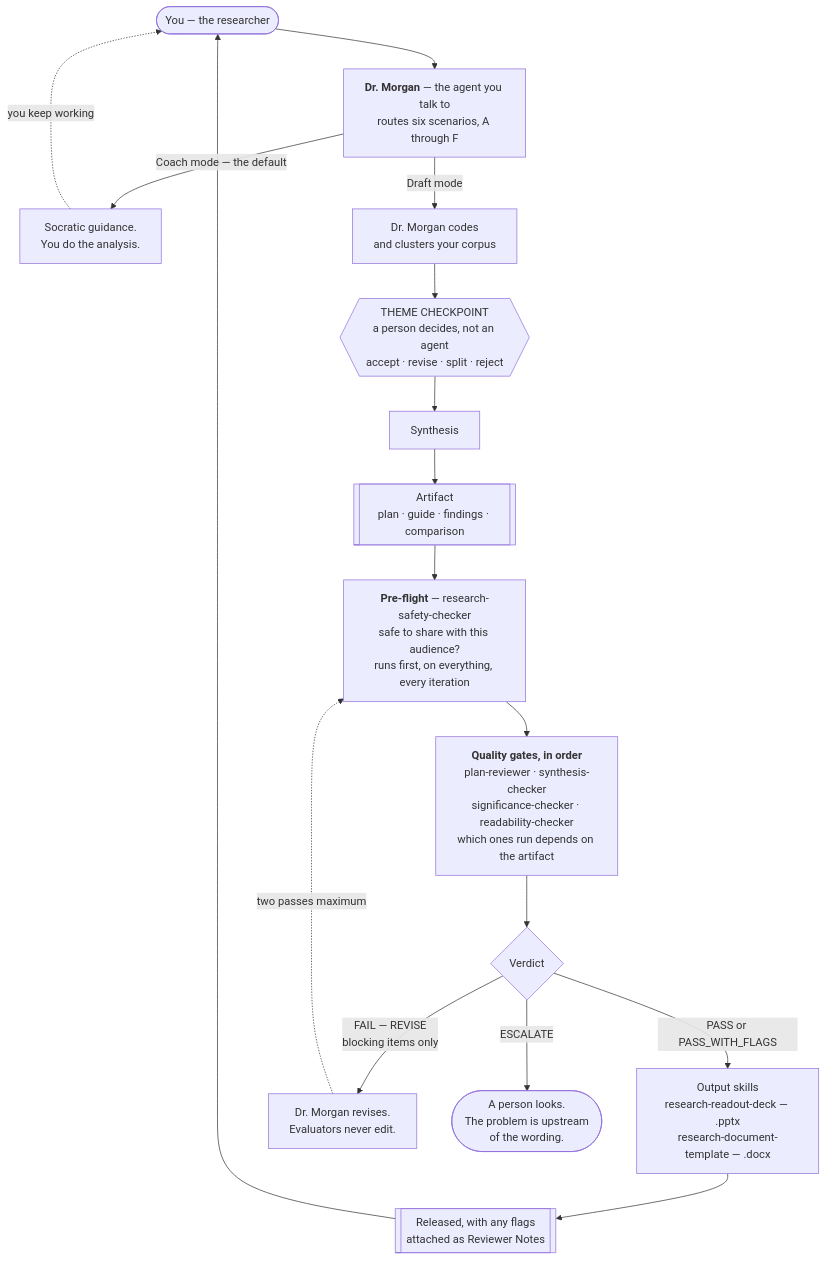
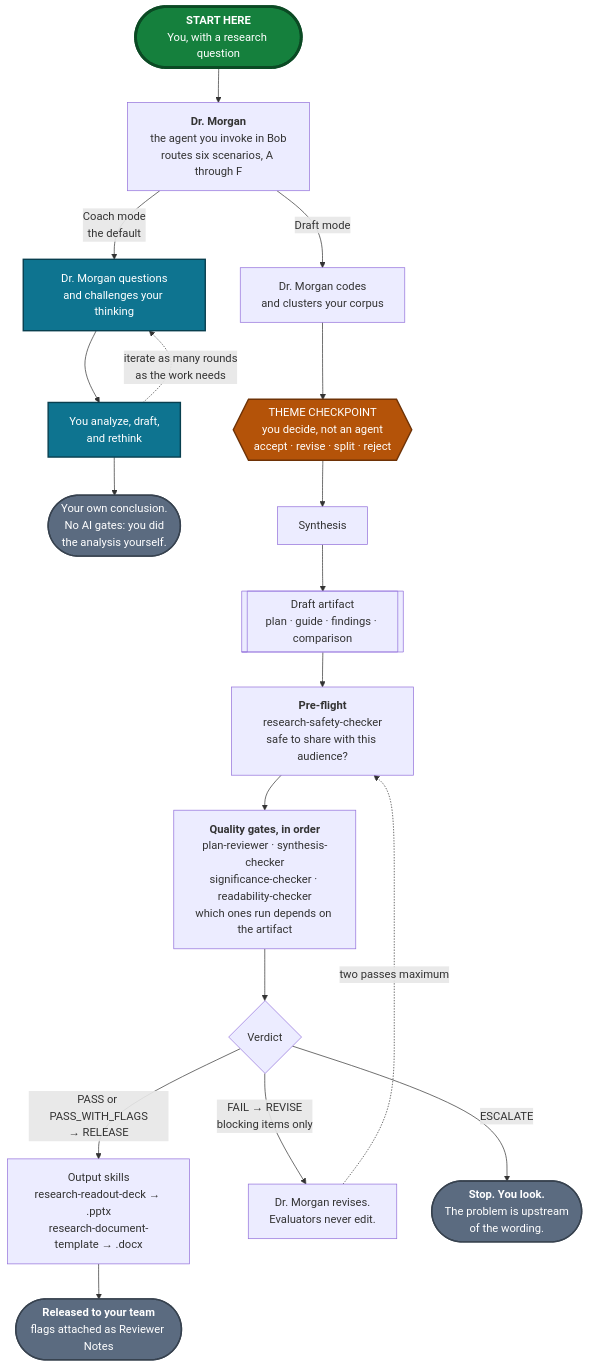
One commit to kirstenhosic/UX-Research-Skills-IBM-Secure changed the diagram in README.md. Above: the diagram before and after it, drawn with Mermaid. The commit also changed other lines of this file, not shown here.

````diff
--- a/README.md
+++ b/README.md
@@ -87,26 +87,38 @@
 ```mermaid
 flowchart TD
-    R(["You — the researcher"])
-    R --> DM["<b>Dr. Morgan</b> — the agent you talk to<br/>routes six scenarios, A through F"]
+    START(["<b>START HERE</b><br/>You, with a research question"])
+    START --> DM
 
-    DM -->|"Coach mode — the default"| C["Socratic guidance.<br/>You do the analysis."]
-    C -.->|"you keep working"| R
+    DM["<b>Dr. Morgan</b><br/>the agent you invoke in Bob<br/>routes six scenarios, A through F"]
+
+    DM -->|"Coach mode<br/>the default"| COACH["Dr. Morgan questions<br/>and challenges your thinking"]
+    COACH --> WORK["You analyze, draft,<br/>and rethink"]
+    WORK -.->|"iterate as many rounds<br/>as the work needs"| COACH
+    WORK --> ENDC(["Your own conclusion.<br/>No AI gates: you did<br/>the analysis yourself."])
 
     DM -->|"Draft mode"| CL["Dr. Morgan codes<br/>and clusters your corpus"]
-    CL --> TC{{"THEME CHECKPOINT<br/>a person decides, not an agent<br/>accept · revise · split · reject"}}
+    CL --> TC{{"THEME CHECKPOINT<br/>you decide, not an agent<br/>accept · revise · split · reject"}}
     TC --> SY["Synthesis"]
-    SY --> ART[["Artifact<br/>plan · guide · findings · comparison"]]
+    SY --> ART[["Draft artifact<br/>plan · guide · findings · comparison"]]
 
-    ART --> PF["<b>Pre-flight</b> — research-safety-checker<br/>safe to share with this audience?<br/>runs first, on everything, every iteration"]
+    ART --> PF["<b>Pre-flight</b><br/>research-safety-checker<br/>safe to share with this audience?"]
     PF --> G["<b>Quality gates, in order</b><br/>plan-reviewer · synthesis-checker<br/>significance-checker · readability-checker<br/>which ones run depends on the artifact"]
     G --> V{"Verdict"}
 
-    V -->|"PASS or PASS_WITH_FLAGS"| SK["Output skills<br/>research-readout-deck — .pptx<br/>research-document-template — .docx"]
-    SK --> OUT[["Released, with any flags<br/>attached as Reviewer Notes"]]
-    OUT --> R
+    V -->|"PASS or PASS_WITH_FLAGS<br/>→ RELEASE"| SK["Output skills<br/>research-readout-deck → .pptx<br/>research-document-template → .docx"]
+    SK --> ENDR(["<b>Released to your team</b><br/>flags attached as Reviewer Notes"])
 
-    V -->|"FAIL — REVISE<br/>blocking items only"| RV["Dr. Morgan revises.<br/>Evaluators never edit."]
+    V -->|"FAIL → REVISE<br/>blocking items only"| RV["Dr. Morgan revises.<br/>Evaluators never edit."]
     RV -.->|"two passes maximum"| PF
 
-    V -->|"ESCALATE"| ES(["A person looks.<br/>The problem is upstream<br/>of the wording."])
+    V -->|"ESCALATE"| ENDE(["<b>Stop. You look.</b><br/>The problem is upstream<br/>of the wording."])
+
+    classDef entry  fill:#15803D,stroke:#0B4A24,stroke-width:4px,color:#FFFFFF
+    classDef coach  fill:#0E7490,stroke:#083F4F,stroke-width:2px,color:#FFFFFF
+    classDef human  fill:#B45309,stroke:#6E3206,stroke-width:2px,color:#FFFFFF
+    classDef ending fill:#5B6B80,stroke:#37424F,stroke-width:2px,color:#FFFFFF
+    class START entry
+    class COACH,WORK coach
+    class TC human
+    class ENDC,ENDR,ENDE ending
 ```
````
